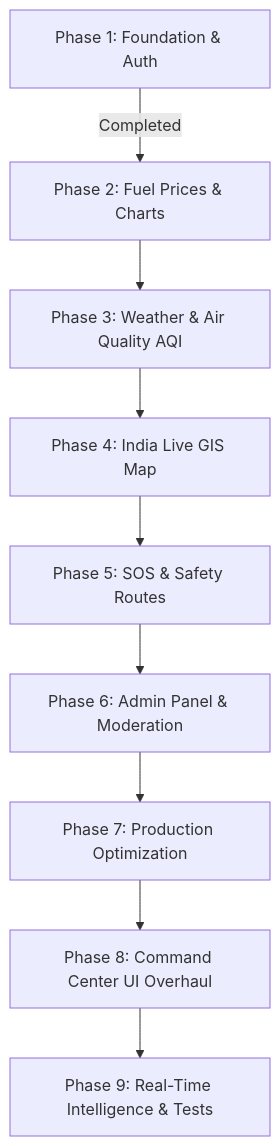
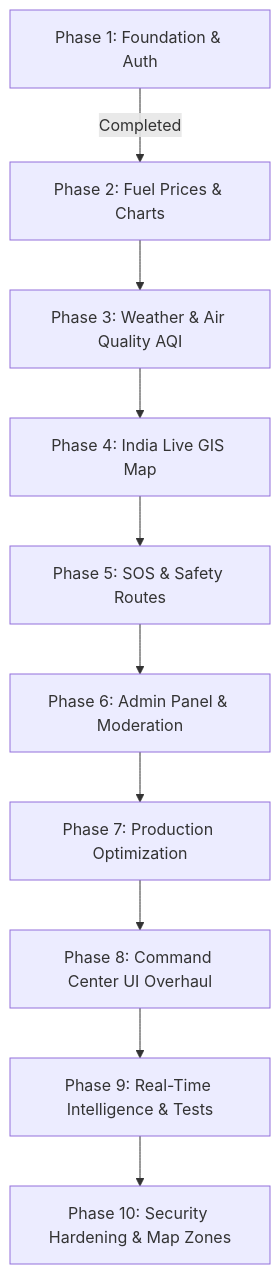
The diagram in README.md (sanjaikumarkaleeswaran/India_Live_Monitor), drawn with Mermaid before and after one commit. The commit also changed other lines of this file, not shown here.

Commit message:
docs: append phase 10 security hardening and map zones to roadmap

````diff
--- a/README.md
+++ b/README.md
@@ -125,11 +131,12 @@
 ```mermaid
 graph TD
   P1[Phase 1: Foundation & Auth] -->|Completed| P2[Phase 2: Fuel Prices & Charts]
   P2 --> P3[Phase 3: Weather & Air Quality AQI]
   P3 --> P4[Phase 4: India Live GIS Map]
   P4 --> P5[Phase 5: SOS & Safety Routes]
   P5 --> P6[Phase 6: Admin Panel & Moderation]
   P6 --> P7[Phase 7: Production Optimization]
   P7 --> P8[Phase 8: Command Center UI Overhaul]
   P8 --> P9[Phase 9: Real-Time Intelligence & Tests]
+  P9 --> P10[Phase 10: Security Hardening & Map Zones]
 ```
````
